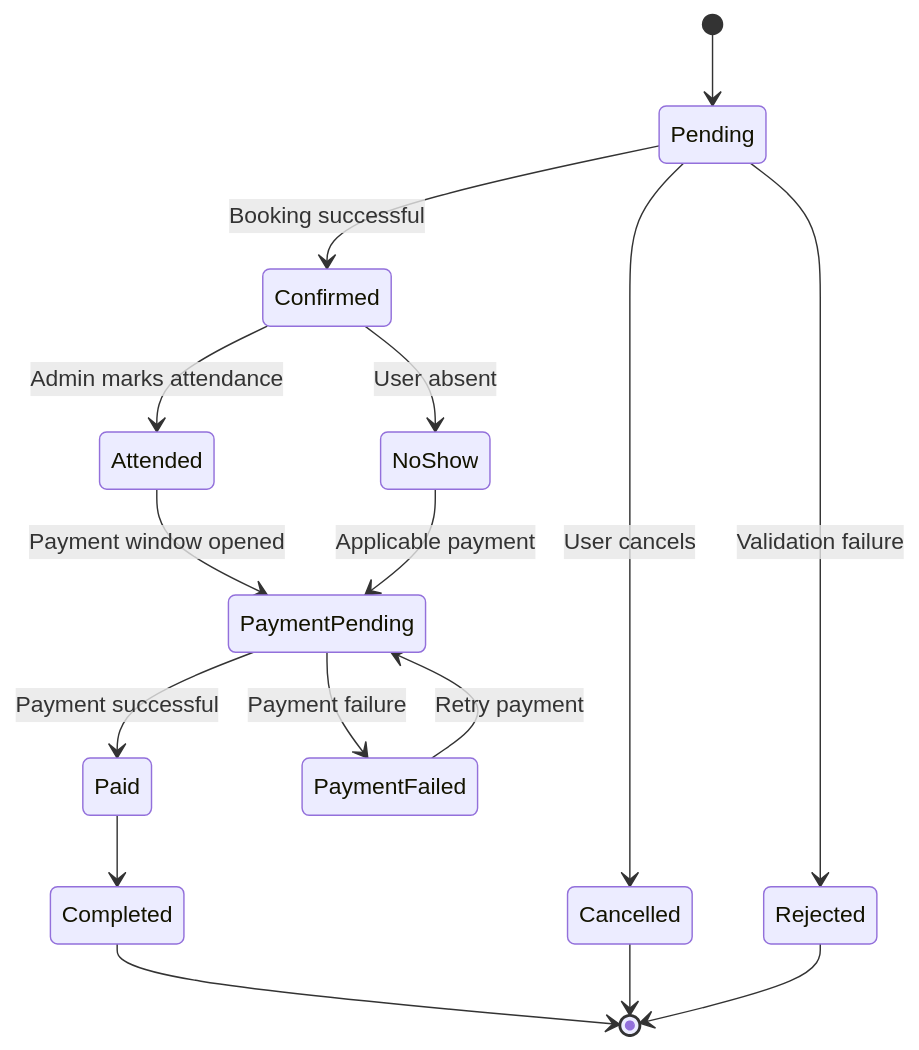
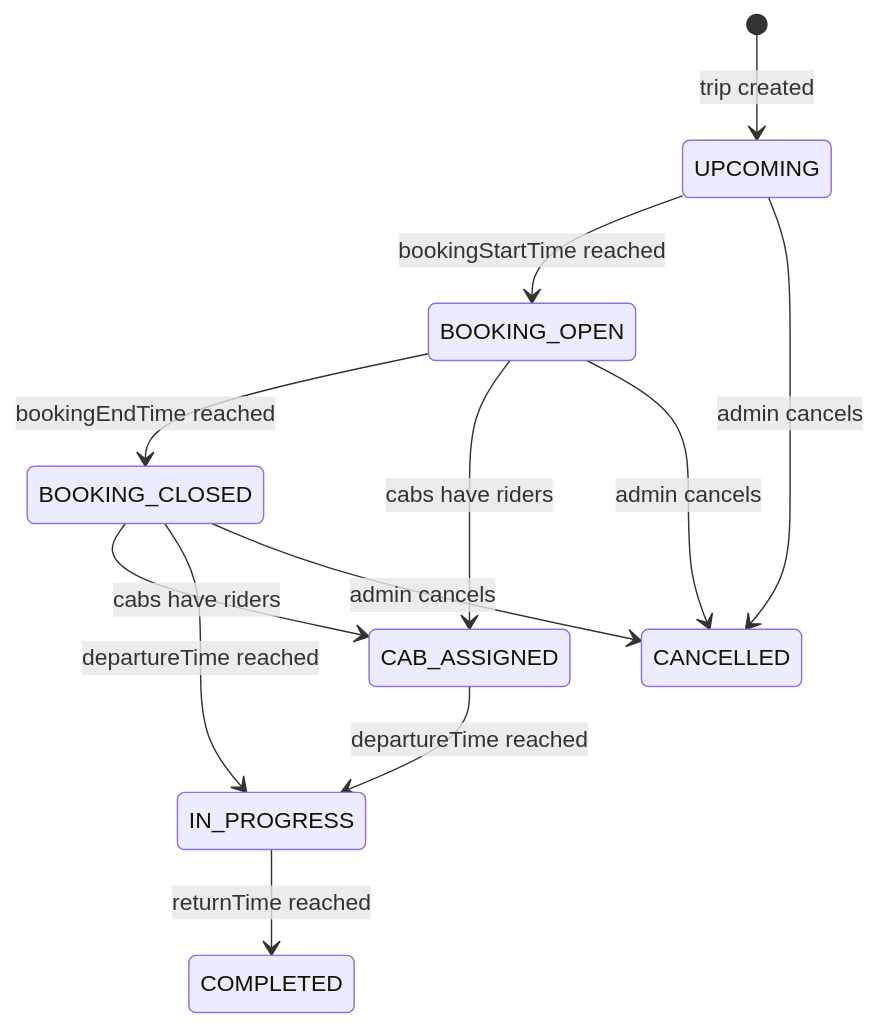
The fourth of 6 diagrams in README.md (mobashshir-ubn-zainuddin/friday-cab-management), drawn with Mermaid before and after one commit. The commit also changed other lines of this file and 2 other files, not shown here.

Commit message:
updated report and added syatem architecture and remove server's 5 minute cache if admin rights have been removed from any person which was leaving a securitry gap.

````diff
--- a/README.md
+++ b/README.md
@@ -512,25 +219,14 @@
 ```mermaid
 stateDiagram-v2
-    [*] --> Pending
-
-    Pending --> Confirmed: Booking successful
-    Pending --> Cancelled: User cancels
-    Pending --> Rejected: Validation failure
-
-    Confirmed --> Attended: Admin marks attendance
-    Confirmed --> NoShow: User absent
-
-    Attended --> PaymentPending: Payment window opened
-    NoShow --> PaymentPending: Applicable payment
-
-    PaymentPending --> Paid: Payment successful
-    PaymentPending --> PaymentFailed: Payment failure
-
-    PaymentFailed --> PaymentPending: Retry payment
-
-    Paid --> Completed
-
-    Cancelled --> [*]
-    Rejected --> [*]
-    Completed --> [*]
+    [*] --> UPCOMING: trip created
+    UPCOMING --> BOOKING_OPEN: bookingStartTime reached
+    BOOKING_OPEN --> BOOKING_CLOSED: bookingEndTime reached
+    BOOKING_OPEN --> CAB_ASSIGNED: cabs have riders
+    BOOKING_CLOSED --> CAB_ASSIGNED: cabs have riders
+    CAB_ASSIGNED --> IN_PROGRESS: departureTime reached
+    BOOKING_CLOSED --> IN_PROGRESS: departureTime reached
+    IN_PROGRESS --> COMPLETED: returnTime reached
+    UPCOMING --> CANCELLED: admin cancels
+    BOOKING_OPEN --> CANCELLED: admin cancels
+    BOOKING_CLOSED --> CANCELLED: admin cancels
 ```
````
